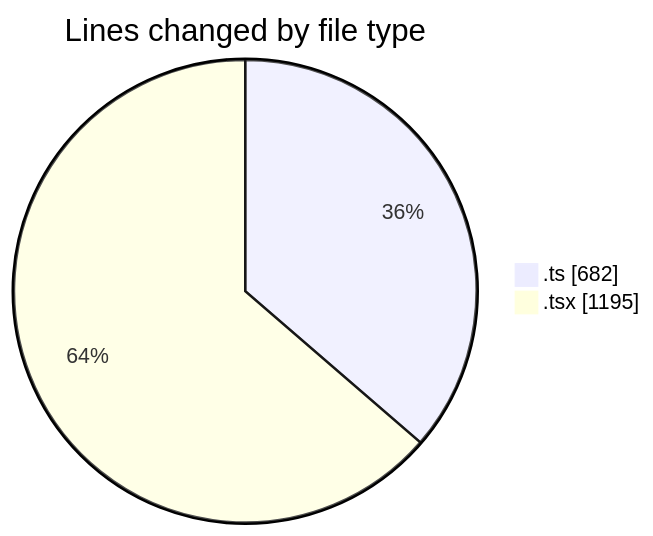
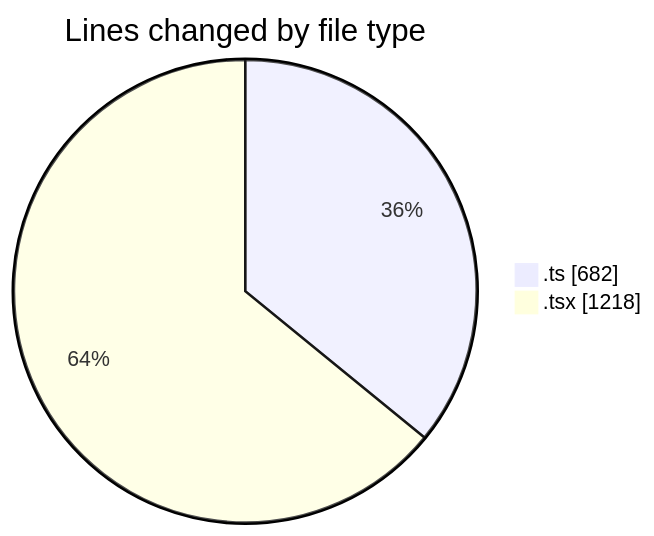
One commit to nxtqubesakshisongat/code-tracking changed the first of 2 diagrams in 2026-03-23/nxtqube_webapp/README.md. Above: the diagram before and after it, drawn with Mermaid. The commit also changed other lines of this file and 1 other file, not shown here.

````diff
--- a/2026-03-23/nxtqube_webapp/README.md
+++ b/2026-03-23/nxtqube_webapp/README.md
@@ -23,6 +23,6 @@
 ```mermaid
 pie showData
 title Lines changed by file type
 ".ts" : 682
-".tsx" : 1195
+".tsx" : 1218
 ```
````
